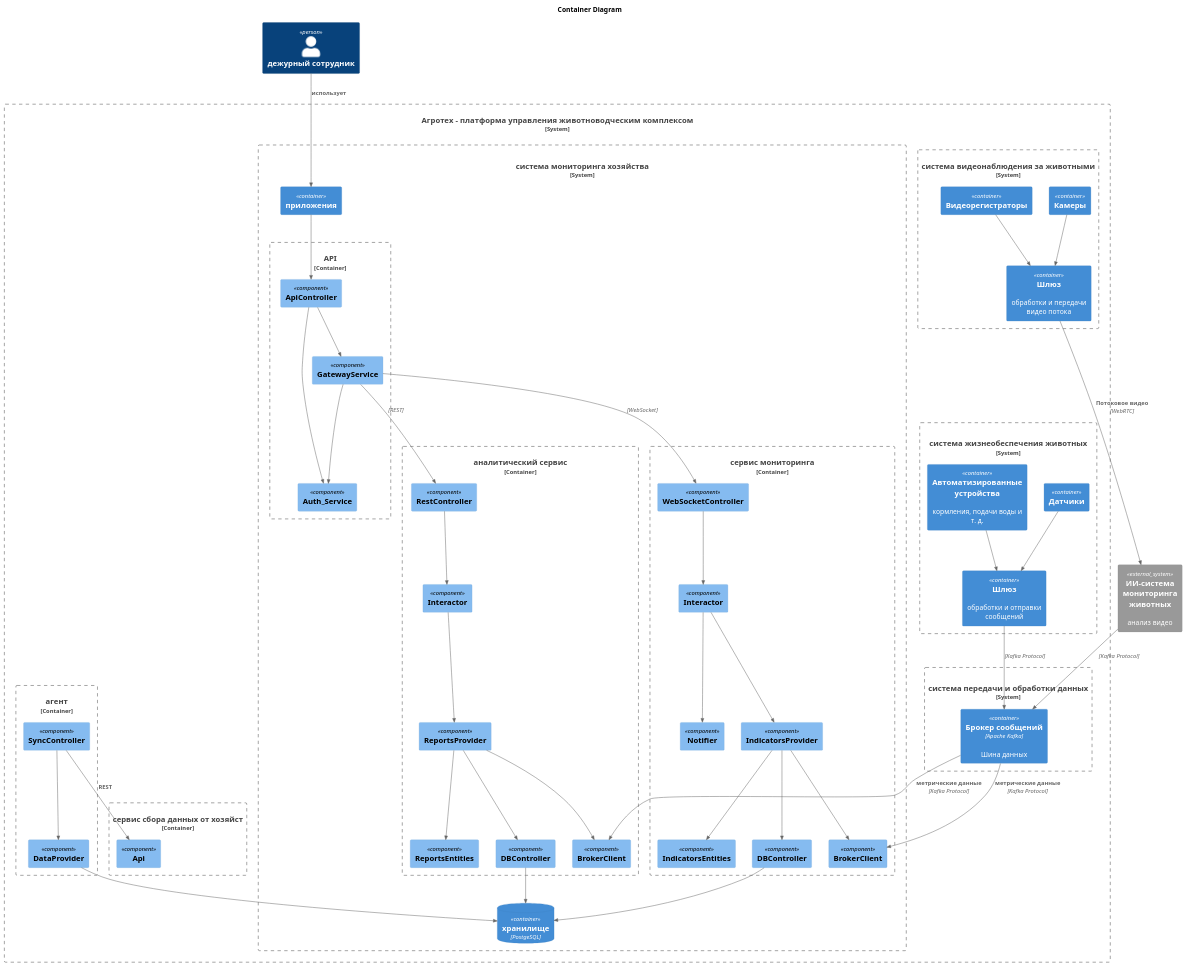
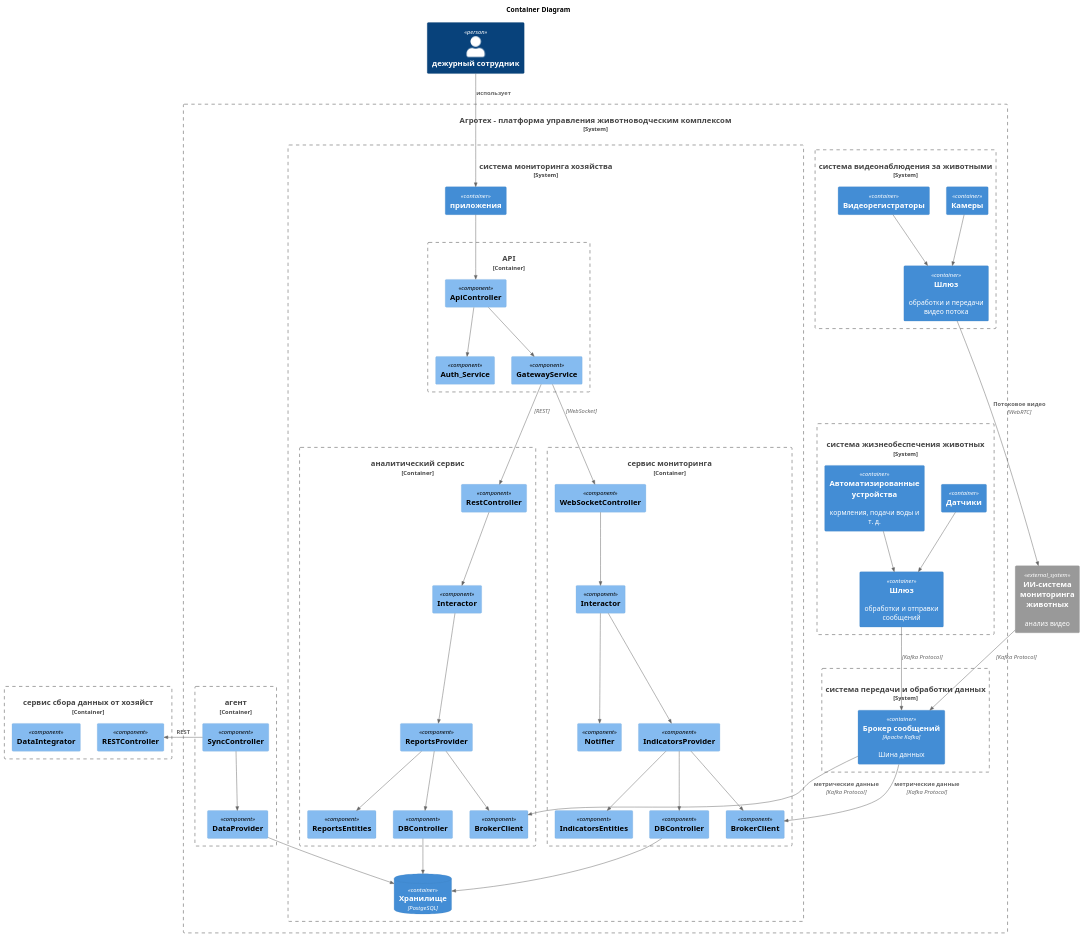
One commit to Bessolitsyn/MSA-AgroTech changed the diagram in Task3/agrotech_v1_С3.puml. Above: the diagram before and after it, drawn with PlantUML. The commit also changed 9 other files, not shown here.

```diff
--- a/Task3/agrotech_v1_С3.puml
+++ b/Task3/agrotech_v1_С3.puml
@@ -1,108 +1,107 @@
 @startuml агро_V1
 
 !include https://raw.githubusercontent.com/plantuml-stdlib/C4-PlantUML/master/C4_Container.puml
 !include https://raw.githubusercontent.com/plantuml-stdlib/C4-PlantUML/master/C4_Component.puml
 
 ' !include C4_Context.puml
 ' !include C4_Container.puml
 ' !include C4_Component.puml
 title "Container Diagram"
 
 Person(сотрудник, "дежурный сотрудник")
 
 
 System_Boundary(платформа, "Агротех  - платформа управления животноводческим комплексом") {
 
     System_Boundary(databus, "система передачи и обработки данных", "сбор данных от технических систем, структурирование, хранение ") {        
         Container(broker, "Брокер сообщений","Apache Kafka", "Шина данных")        
-        
-        'Rel(broker, storage, "")
     }
     System_Boundary(животноводство,"система жизнеобеспечения животных", "Мниторинг состояния технических средств(кормушки, поилки и др)") {
         Container(sensors, "Датчики", "", "")
         Container(gateway, "Шлюз", "", "обработки и отправки сообщений")
         Container(devices, "Автоматизированные устройства ", "", "кормления, подачи воды и т. д.")        
         Rel(sensors, gateway, "")
         Rel(devices, gateway, "")
         Rel(gateway, broker, "", "Kafka Protocol")
     }
     System_Boundary(видео,"система видеонаблюдения за животными", "") {
         Container(camera, "Камеры")
         Container(streaming, "Шлюз", "", "обработки и передачи видео потока")
         Container(recivers, " Видеорегистраторы")        
         Rel(camera, streaming, "")
         Rel(recivers, streaming, "")
         
     }
     System_Boundary(цуп, "система мониторинга хозяйства", "управление,  мониторинг, анализ, оповещение, отчетность") {
         Container_Boundary(api, "API"){
             Component(apiApiController,"ApiController")
             Component(apiAuth_Service,"Auth_Service")
             Component(apiGatewayService, "GatewayService")
             Rel(apiApiController, apiGatewayService, "")
             Rel(apiApiController, apiAuth_Service, "")
-            Rel(apiGatewayService, apiAuth_Service, "")
 
         }
         Container(app, "приложения")
         Container_Boundary(bi, "аналитический сервис", "", "вычисление показателей, трендов и др."){
             Component(biRestController, "RestController")
             Component(biBrokerClient, "BrokerClient")
             Component(biInteractor, "Interactor")
             Component(biReportsProvider, "ReportsProvider")
             Component(biReportsEntities, "ReportsEntities")
             Component(biDBController, "DBController")
             Rel(biRestController, biInteractor,"")
             Rel(biInteractor, biReportsProvider,"")
             Rel(biReportsProvider, biBrokerClient,"")
             Rel(biReportsProvider, biDBController,"")
             Rel(biReportsProvider, biReportsEntities,"")
         }
         Container_Boundary(supervisor, "сервис мониторинга", "", "мониторинг состояния, оповещения"){
             Component(supervisorWebSocketController, "WebSocketController")
             Component(supervisorBrokerClient, "BrokerClient")
             Component(supervisorInteractor, "Interactor")
             Component(supervisorNotifier, "Notifier")
             Component(supervisorIndicatorsProvider, "IndicatorsProvider")
             Component(supervisorIndicatorsEntities, "IndicatorsEntities")
             Component(supervisorDBController, "DBController")
             Rel(supervisorWebSocketController, supervisorInteractor,"")
             Rel(supervisorInteractor, supervisorIndicatorsProvider,"")
             Rel(supervisorInteractor, supervisorNotifier,"")
             Rel(supervisorIndicatorsProvider, supervisorBrokerClient,"")
             Rel(supervisorIndicatorsProvider, supervisorDBController,"")
             Rel(supervisorIndicatorsProvider, supervisorIndicatorsEntities,"")
         }
         
-        ContainerDb(storage, "xранилище","PostgeSQL", "")
+        ContainerDb(storage, "Хранилище","PostgeSQL", "")
         Rel(app, apiApiController, "")
         Rel(broker, biBrokerClient, "метрические данные", "Kafka Protocol")
         Rel(broker, supervisorBrokerClient, "метрические данные", "Kafka Protocol")
         Rel(biDBController, storage, "")
         Rel(supervisorDBController, storage, "")
         Rel(apiGatewayService, biRestController, "","REST")
         Rel(apiGatewayService, supervisorWebSocketController, "","WebSocket")
 
         
     }
     Container_Boundary(agent, "агент", "", "сервис синхронизации с ЦОД Агротех"){
         Component(agentSyncController, "SyncController")
         Component(agentDataProvider, "DataProvider")
         Rel(agentSyncController,agentDataProvider,"")
-    }
-    Container_Boundary(collector, "сервис сбора данных от хозяйст"){
-        Component(collectorApi, "Api")
-    }
-    Rel(agentSyncController, collectorApi, "REST")
+    }    
     Rel(agentDataProvider, storage, "")        
 
+}
+
+Container_Boundary(collector, "сервис сбора данных от хозяйст"){
+        Component(collectorApi, "RESTController")
+        Component(collectorInput, "DataIntegrator")
+        Rel_L(agentSyncController, collectorApi, "REST")
 }
 System_Ext(ai, "ИИ-система мониторинга животных", "анализ видео") 
 Rel(streaming, ai, "Потоковое видео","WebRTC")        
 Rel(ai, broker, "", "Kafka Protocol")  
 Rel(сотрудник, app, "использует")   
    
 
 
 
 @enduml
```
